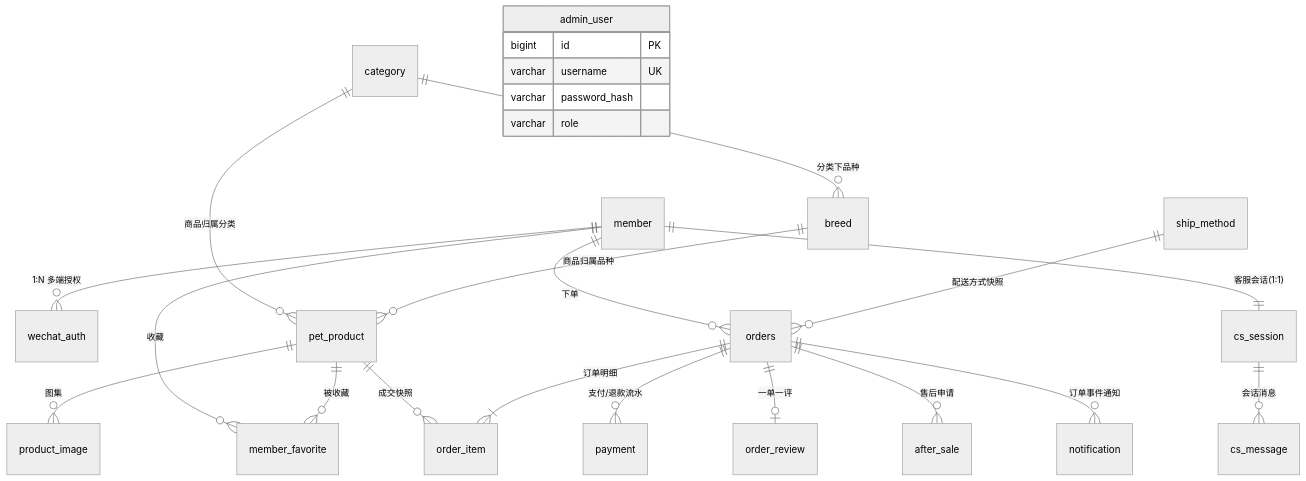
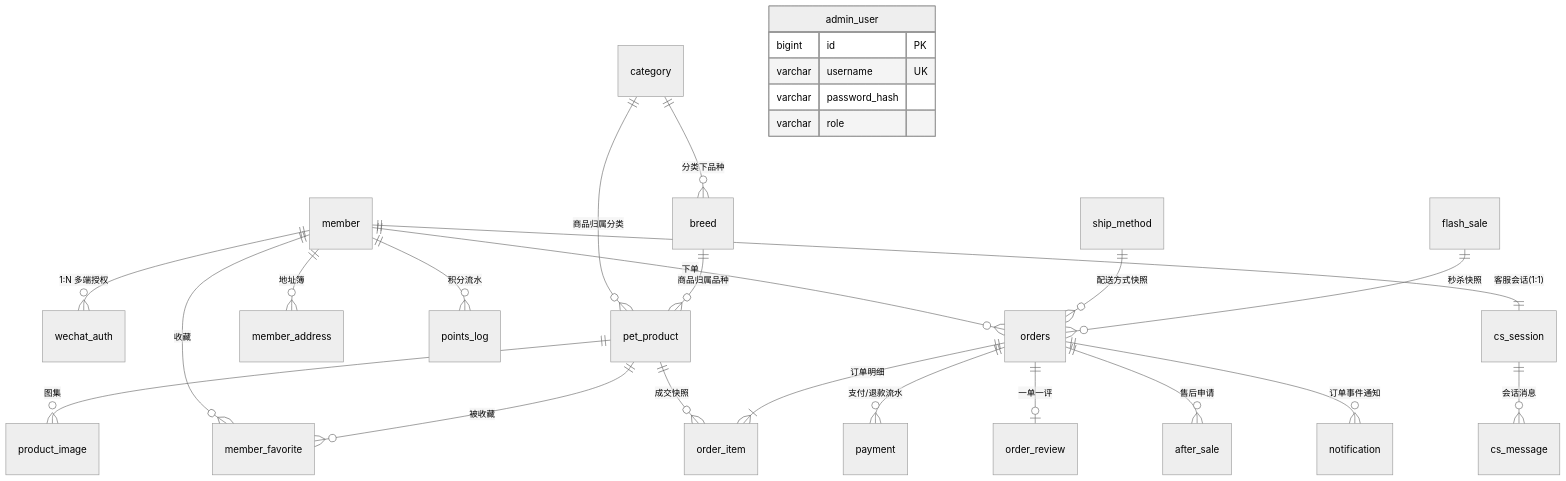
One commit to zhangtangzhao/pet-web changed the diagram in docs/03-数据库设计.md. Above: the diagram before and after it, drawn with Mermaid (neutral theme). The commit also changed other lines of this file and 79 other files, not shown here.

````diff
--- a/docs/03-数据库设计.md
+++ b/docs/03-数据库设计.md
@@ -19,29 +19,32 @@
 ```mermaid
 erDiagram
     member ||--o{ wechat_auth : "1:N 多端授权"
     member ||--o{ member_favorite : "收藏"
     member ||--o{ orders : "下单"
+    member ||--o{ member_address : "地址簿"
+    member ||--o{ points_log : "积分流水"
     member ||--|| cs_session : "客服会话(1:1)"
 
     category ||--o{ breed : "分类下品种"
     category ||--o{ pet_product : "商品归属分类"
     breed ||--o{ pet_product : "商品归属品种"
     pet_product ||--o{ product_image : "图集"
     pet_product ||--o{ member_favorite : "被收藏"
     pet_product ||--o{ order_item : "成交快照"
 
     orders ||--|{ order_item : "订单明细"
     orders ||--o{ payment : "支付/退款流水"
     orders ||--o| order_review : "一单一评"
     orders ||--o{ after_sale : "售后申请"
     orders ||--o{ notification : "订单事件通知"
     ship_method ||--o{ orders : "配送方式快照"
+    flash_sale ||--o{ orders : "秒杀快照"
     cs_session ||--o{ cs_message : "会话消息"
 
     admin_user {
         bigint id PK
         varchar username UK
         varchar password_hash
         varchar role
     }
 ```
````
